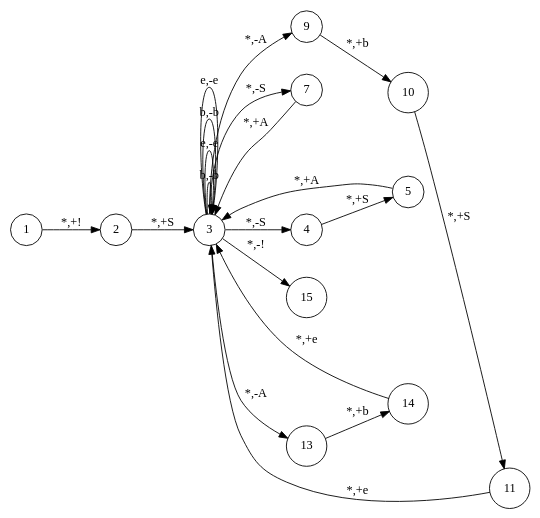
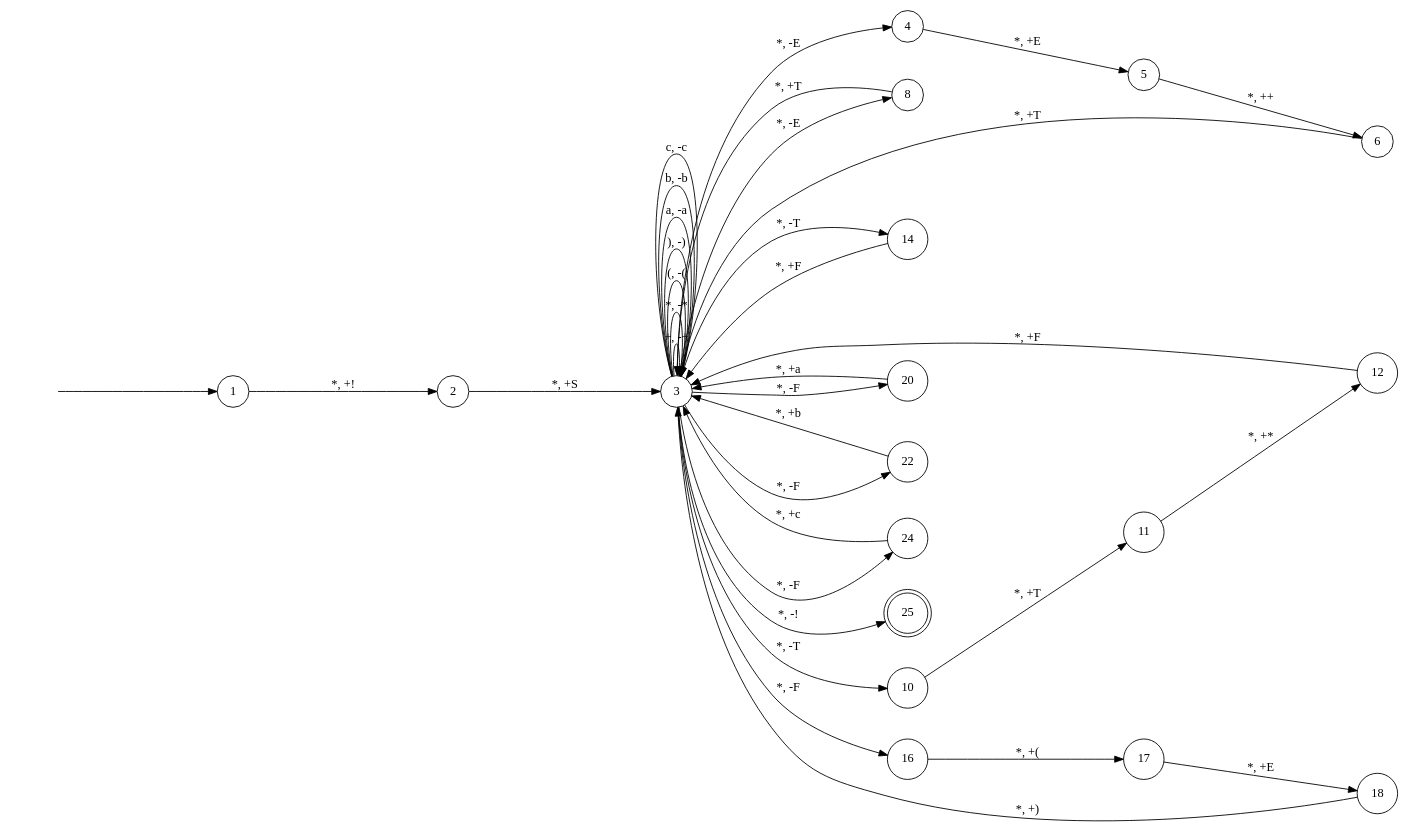
One commit to tan-nguyen090102/CFG-to-PDA-to-CNF changed the diagram in features/pda.gv. Above: the diagram before and after it, drawn with Graphviz. The commit also changed 7 other files, not shown here.

```diff
--- a/features/pda.gv
+++ b/features/pda.gv
@@ -1,27 +1,75 @@
 // The Push-down Automata
 digraph "pda-graph" {
-	graph [nodesep=0.5 rankdir=LR]
+	graph [nodesep=0.5 overlap=scale rankdir=LR ranksep=2.5 splines=true]
+	node [shape=circle]
+	hidden [label="" shape=plaintext]
+	hidden -> 1
 	node [shape=circle]
 	1
+	node [shape=circle]
 	2
+	node [shape=circle]
 	3
-	1 -> 2 [label="*,+!"]
-	2 -> 3 [label="*,+S"]
-	3 -> 3 [label="b,-b"]
-	3 -> 3 [label="e,-e"]
-	3 -> 3 [label="b,-b"]
-	3 -> 3 [label="e,-e"]
-	3 -> 4 [label="*,-S"]
-	4 -> 5 [label="*,+S"]
-	5 -> 3 [label="*,+A"]
-	3 -> 7 [label="*,-S"]
-	7 -> 3 [label="*,+A"]
-	3 -> 9 [label="*,-A"]
-	9 -> 10 [label="*,+b"]
-	10 -> 11 [label="*,+S"]
-	11 -> 3 [label="*,+e"]
-	3 -> 13 [label="*,-A"]
-	13 -> 14 [label="*,+b"]
-	14 -> 3 [label="*,+e"]
-	3 -> 15 [label="*,-!"]
+	node [shape=circle]
+	4
+	node [shape=circle]
+	5
+	node [shape=circle]
+	6
+	node [shape=circle]
+	8
+	node [shape=circle]
+	10
+	node [shape=circle]
+	11
+	node [shape=circle]
+	12
+	node [shape=circle]
+	14
+	node [shape=circle]
+	16
+	node [shape=circle]
+	17
+	node [shape=circle]
+	18
+	node [shape=circle]
+	20
+	node [shape=circle]
+	22
+	node [shape=circle]
+	24
+	node [shape=doublecircle]
+	25
+	1 -> 2 [label="*, +!"]
+	2 -> 3 [label="*, +S"]
+	3 -> 3 [label="+, -+"]
+	3 -> 3 [label="*, -*"]
+	3 -> 3 [label="(, -("]
+	3 -> 3 [label="), -)"]
+	3 -> 3 [label="a, -a"]
+	3 -> 3 [label="b, -b"]
+	3 -> 3 [label="c, -c"]
+	3 -> 4 [label="*, -E"]
+	4 -> 5 [label="*, +E"]
+	5 -> 6 [label="*, ++"]
+	6 -> 3 [label="*, +T"]
+	3 -> 8 [label="*, -E"]
+	8 -> 3 [label="*, +T"]
+	3 -> 10 [label="*, -T"]
+	10 -> 11 [label="*, +T"]
+	11 -> 12 [label="*, +*"]
+	12 -> 3 [label="*, +F"]
+	3 -> 14 [label="*, -T"]
+	14 -> 3 [label="*, +F"]
+	3 -> 16 [label="*, -F"]
+	16 -> 17 [label="*, +("]
+	17 -> 18 [label="*, +E"]
+	18 -> 3 [label="*, +)"]
+	3 -> 20 [label="*, -F"]
+	20 -> 3 [label="*, +a"]
+	3 -> 22 [label="*, -F"]
+	22 -> 3 [label="*, +b"]
+	3 -> 24 [label="*, -F"]
+	24 -> 3 [label="*, +c"]
+	3 -> 25 [label="*, -!"]
 }
```
